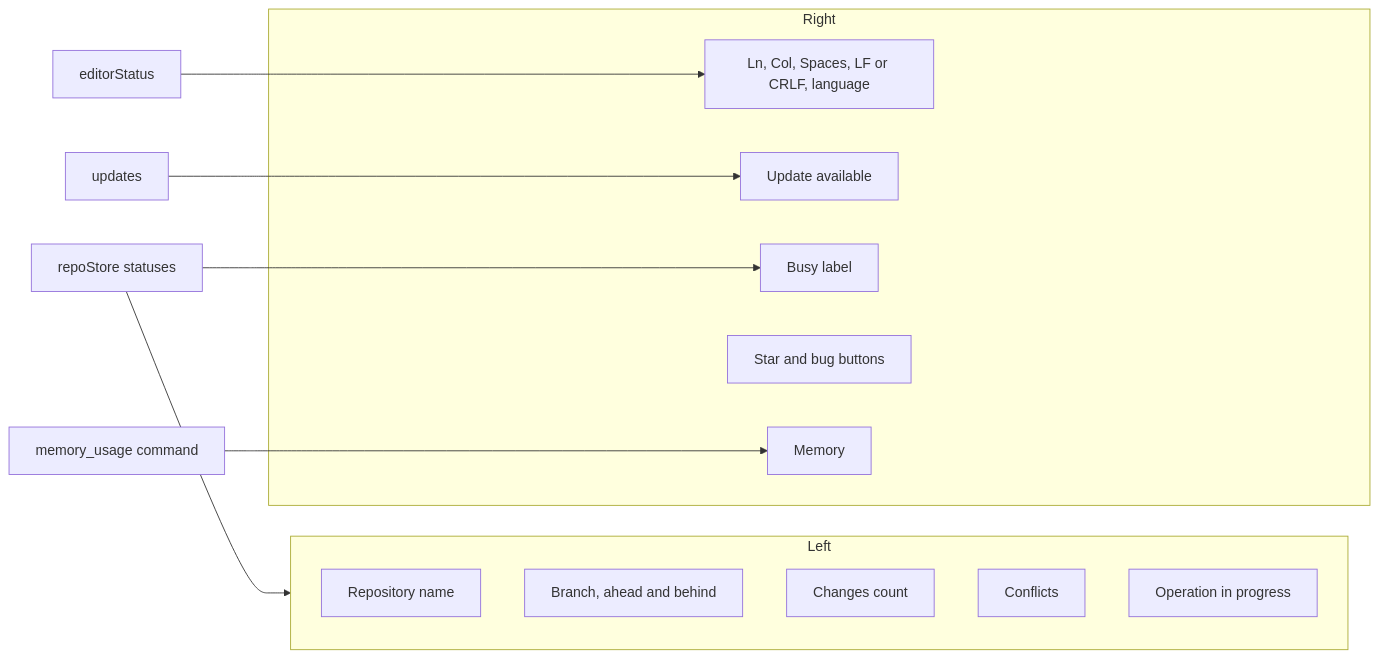
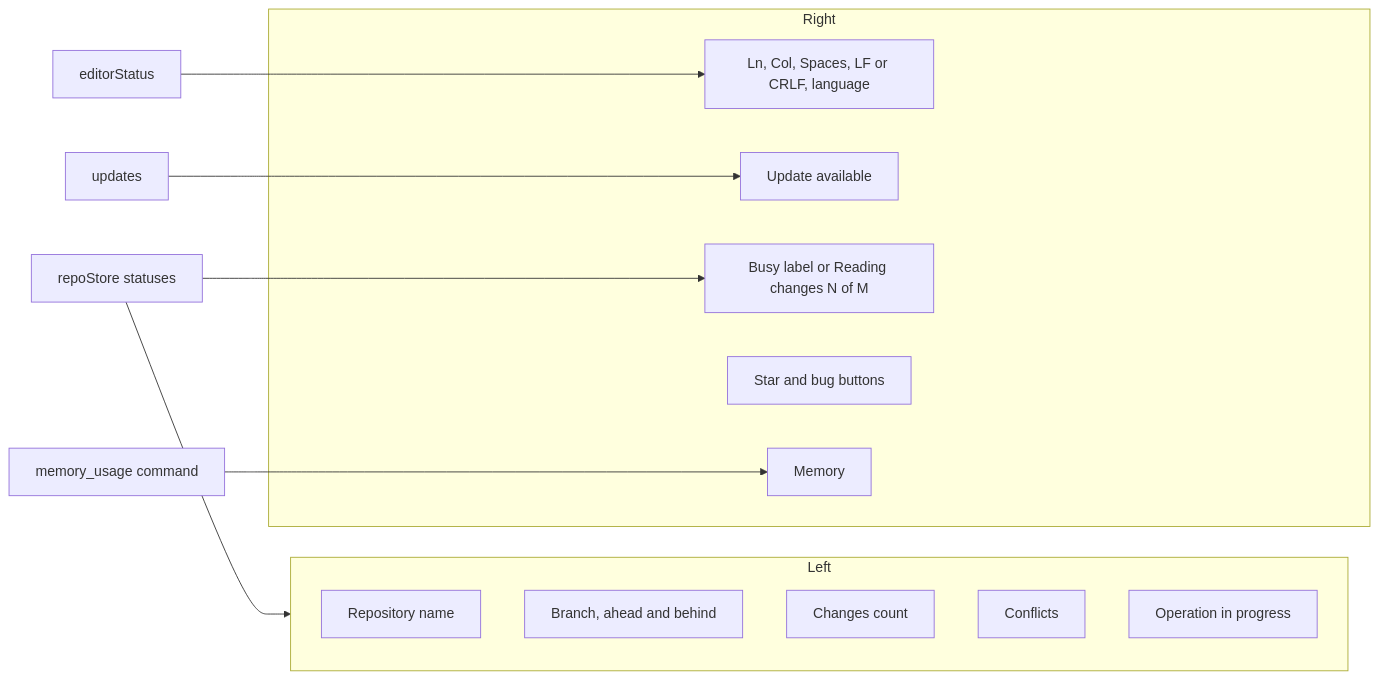
The first of 3 diagrams in docs/wiki/developer/How-the-Status-Bar-Works.md (shibbirweb/git-manager), drawn with Mermaid before and after one commit. The commit also changed other lines of this file and 110 other files, not shown here.

````diff
--- a/docs/wiki/developer/How-the-Status-Bar-Works.md
+++ b/docs/wiki/developer/How-the-Status-Bar-Works.md
@@ -15,22 +15,22 @@
 ```mermaid
 flowchart LR
     subgraph Left
         R["Repository name"]
         B["Branch, ahead and behind"]
         C["Changes count"]
         X["Conflicts"]
         O["Operation in progress"]
     end
     subgraph Right
         F["Ln, Col, Spaces, LF or CRLF, language"]
         U["Update available"]
-        W["Busy label"]
+        W["Busy label or Reading changes N of M"]
         S["Star and bug buttons"]
         M["Memory"]
     end
     RS["repoStore statuses"] --> Left
     ES["editorStatus"] --> F
     UP["updates"] --> U
     RS --> W
     MU["memory_usage command"] --> M
 ```
````
